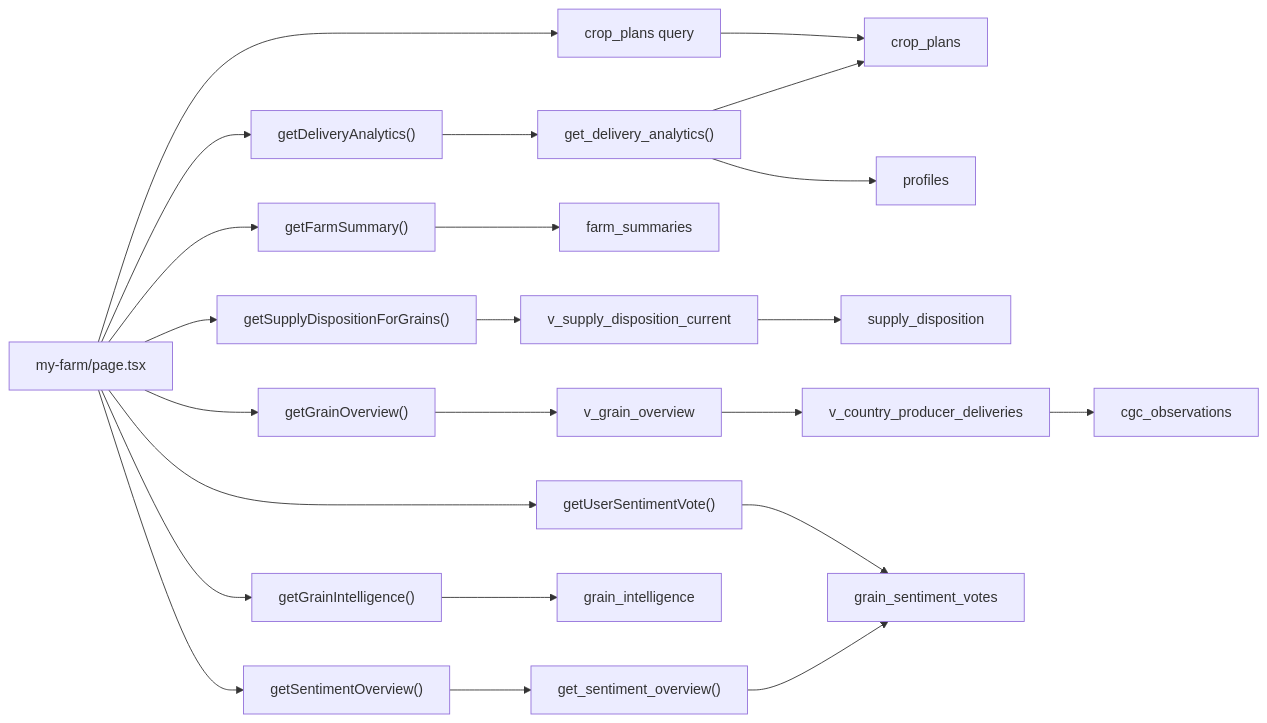
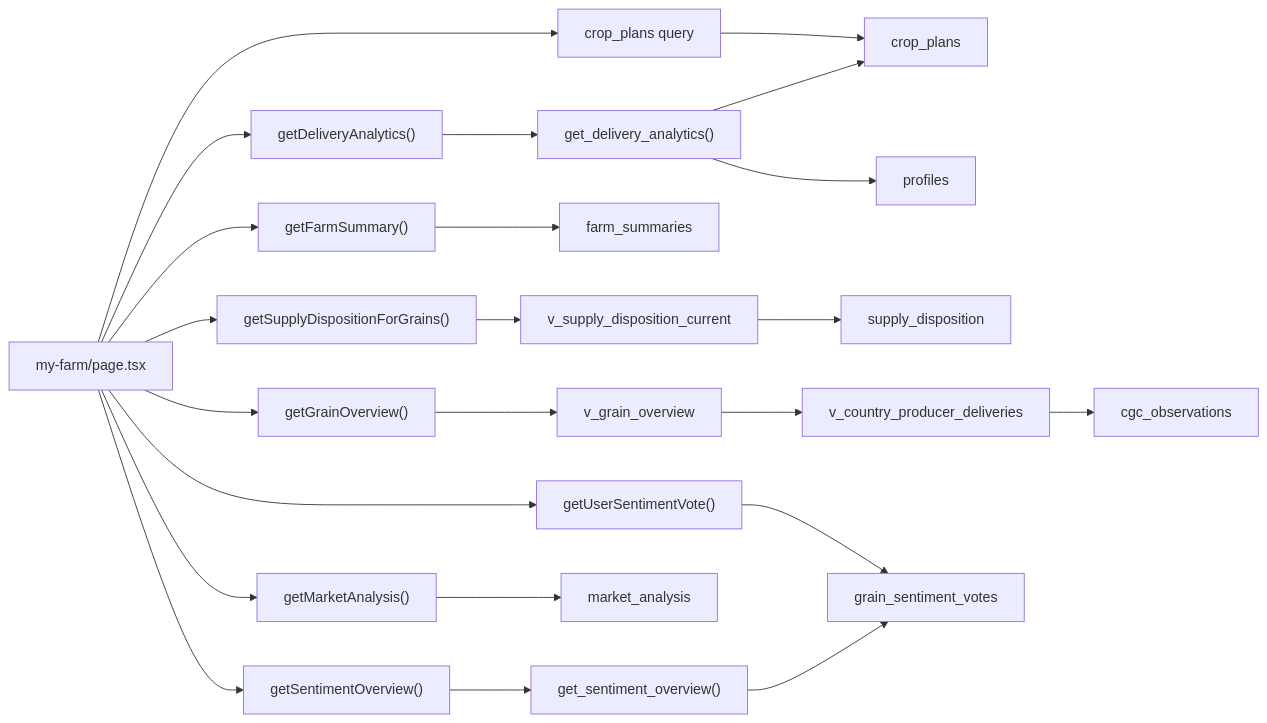
Before and after one commit to Bushels/Bushel-Board: the fifth of 6 diagrams in docs/reference/data-lineage-map.md, drawn with Mermaid. The commit also changed other lines of this file and 75 other files, not shown here.

````diff
--- a/docs/reference/data-lineage-map.md
+++ b/docs/reference/data-lineage-map.md
@@ -122,29 +278,29 @@
 ```mermaid
 flowchart LR
   P["my-farm/page.tsx"] --> Q1["getFarmSummary()"]
   P --> Q2["getDeliveryAnalytics()"]
   P --> Q3["getSupplyDispositionForGrains()"]
   P --> Q4["getGrainOverview()"]
-  P --> Q5["getGrainIntelligence()"]
+  P --> Q5["getMarketAnalysis()"]
   P --> Q6["getSentimentOverview()"]
   P --> Q7["getUserSentimentVote()"]
   P --> Q8["crop_plans query"]
 
   Q1 --> T1["farm_summaries"]
   Q2 --> R1["get_delivery_analytics()"]
   R1 --> T2["crop_plans"]
   R1 --> T3["profiles"]
 
   Q3 --> V1["v_supply_disposition_current"]
   V1 --> T4["supply_disposition"]
 
   Q4 --> V2["v_grain_overview"]
   V2 --> V3["v_country_producer_deliveries"]
   V3 --> T5["cgc_observations"]
 
-  Q5 --> T6["grain_intelligence"]
+  Q5 --> T6["market_analysis"]
   Q6 --> R2["get_sentiment_overview()"]
   R2 --> T7["grain_sentiment_votes"]
   Q7 --> T7
   Q8 --> T2
 ```
````
